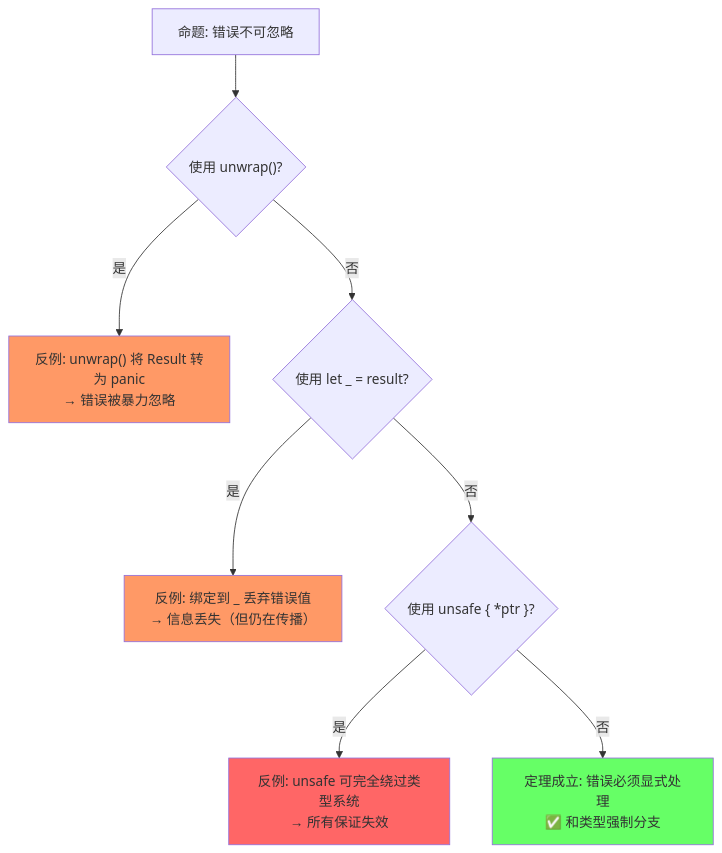
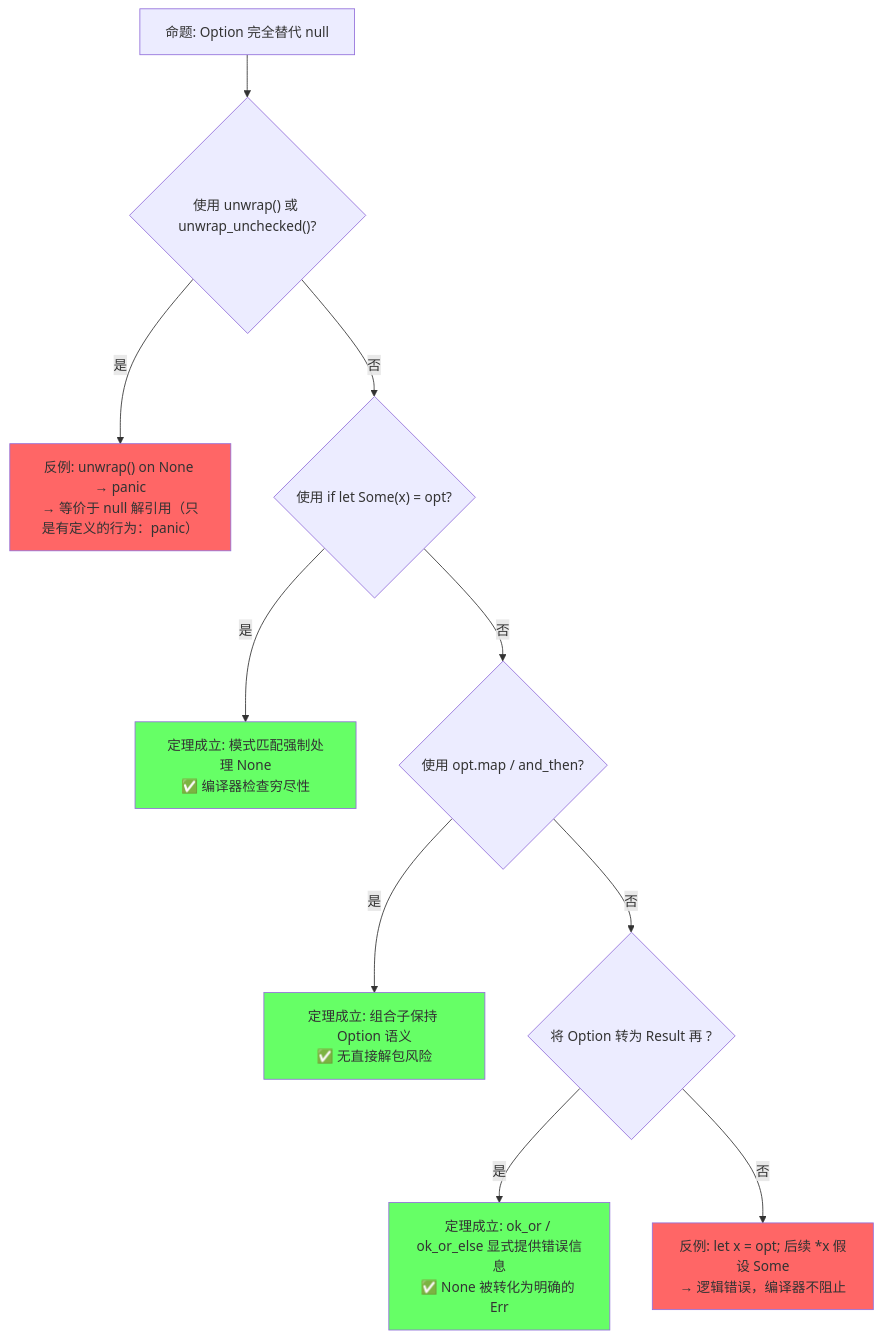
Before and after one commit to martin-ly/rust-lang: the fifth of 5 diagrams in concept/02_intermediate/04_error_handling.md, drawn with Mermaid. The commit also changed other lines of this file and 3 other files, not shown here.

````diff
--- a/concept/02_intermediate/04_error_handling.md
+++ b/concept/02_intermediate/04_error_handling.md
@@ -386,15 +468,18 @@
 ```mermaid
 graph TD
-    P["命题: 错误不可忽略"] --> Q1{"使用 unwrap()?"}
-    Q1 -->|是| F1["反例: unwrap() 将 Result 转为 panic<br/>→ 错误被暴力忽略"]
-    Q1 -->|否| Q2{"使用 let _ = result?"}
-    Q2 -->|是| F2["反例: 绑定到 _ 丢弃错误值<br/>→ 信息丢失（但仍在传播）"]
-    Q2 -->|否| Q3{"使用 unsafe { *ptr }?"}
-    Q3 -->|是| F3["反例: unsafe 可完全绕过类型系统<br/>→ 所有保证失效"]
-    Q3 -->|否| T["定理成立: 错误必须显式处理<br/>✅ 和类型强制分支"]
+    P["命题: Option<T> 完全替代 null"] --> Q1{"使用 unwrap() 或 unwrap_unchecked()?"}
+    Q1 -->|是| F1["反例: unwrap() on None → panic<br/>→ 等价于 null 解引用（只是有定义的行为：panic）"]
+    Q1 -->|否| Q2{"使用 if let Some(x) = opt?"}
+    Q2 -->|是| T1["定理成立: 模式匹配强制处理 None<br/>✅ 编译器检查穷尽性"]
+    Q2 -->|否| Q3{"使用 opt.map / and_then?"}
+    Q3 -->|是| T2["定理成立: 组合子保持 Option 语义<br/>✅ 无直接解包风险"]
+    Q3 -->|否| Q4{"将 Option 转为 Result 再 ?"}
+    Q4 -->|是| T3["定理成立: ok_or / ok_or_else 显式提供错误信息<br/>✅ None 被转化为明确的 Err"]
+    Q4 -->|否| F2["反例: let x = opt; 后续 *x 假设 Some<br/>→ 逻辑错误，编译器不阻止"]
 
-    style F1 fill:#f96
-    style F2 fill:#f96
-    style F3 fill:#f66
-    style T fill:#6f6
+    style F1 fill:#f66
+    style F2 fill:#f66
+    style T1 fill:#6f6
+    style T2 fill:#6f6
+    style T3 fill:#6f6
 ```
````
